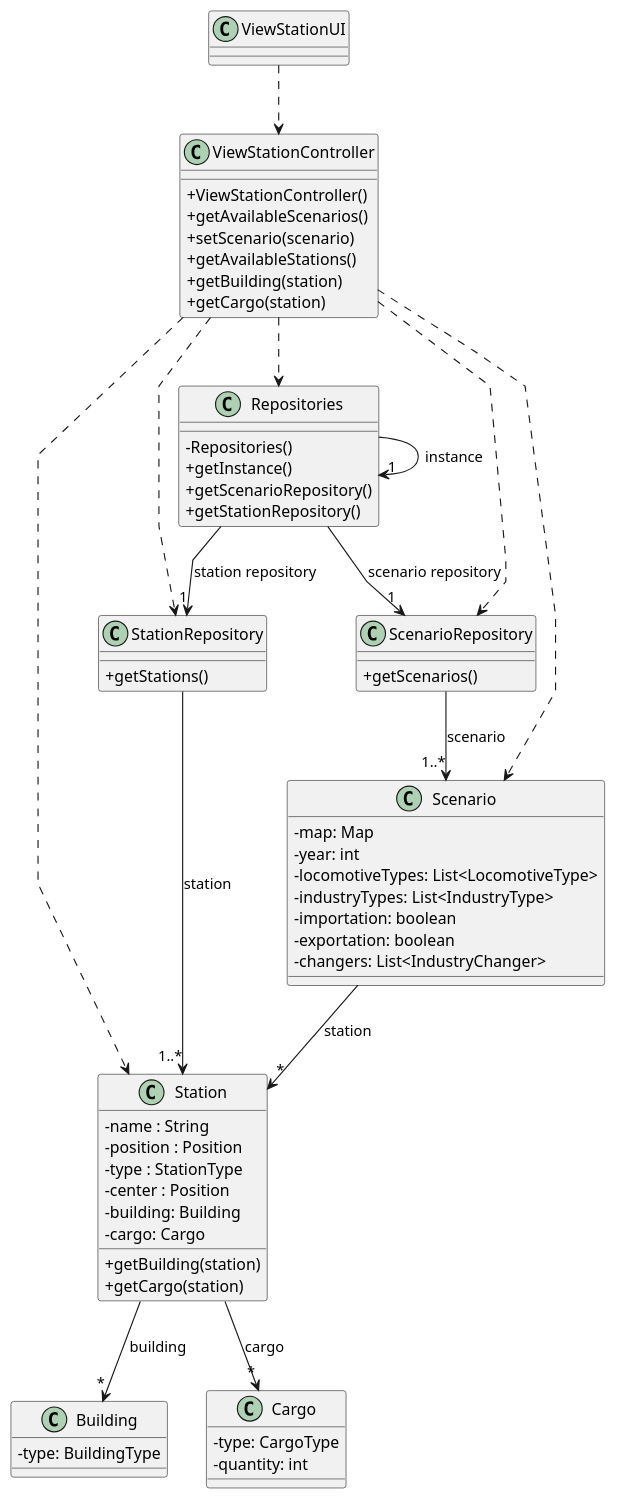
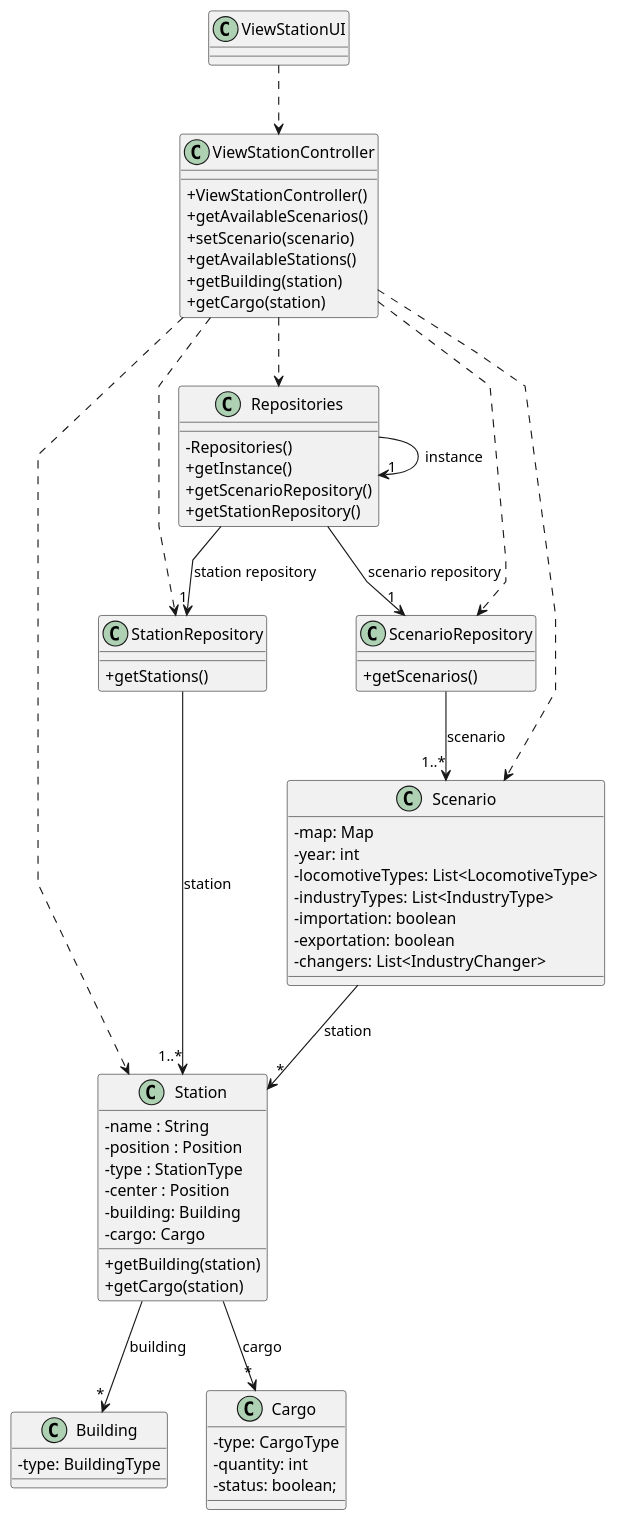
The diagram in Sprint2/US007/03.design/puml/US007-CD.puml (1240935/pi2-railway-simulator), drawn with PlantUML before and after one commit. The commit also changed 14 other files, not shown here.

```diff
--- a/Sprint2/US007/03.design/puml/US007-CD.puml
+++ b/Sprint2/US007/03.design/puml/US007-CD.puml
@@ -1,90 +1,91 @@
 @startuml
 'skinparam monochrome true
 skinparam packageStyle rectangle
 skinparam shadowing false
 skinparam linetype polyline
 'skinparam linetype orto
 
 skinparam classAttributeIconSize 0
 
 'left to right direction
 
 
 class ViewStationUI {
 }
 
 class ViewStationController {
   +ViewStationController()
   +getAvailableScenarios()
   +setScenario(scenario)
   +getAvailableStations()
   +getBuilding(station)
   +getCargo(station)
 }
 
 class Repositories {
   -Repositories()
   +getInstance()
   +getScenarioRepository()
   +getStationRepository()
 }
 
 class ScenarioRepository {
   +getScenarios()
 }
 
 class StationRepository {
   +getStations()
 }
 
 class Scenario {
     -map: Map
     -year: int
     -locomotiveTypes: List<LocomotiveType>
     -industryTypes: List<IndustryType>
     -importation: boolean
     -exportation: boolean
     -changers: List<IndustryChanger>
 }
 
 
 class Station{
     -name : String
     -position : Position
     -type : StationType
     -center : Position
     -building: Building
     -cargo: Cargo
     +getBuilding(station)
     +getCargo(station)
 }
 
 class Building {
     -type: BuildingType
 }
 
 class Cargo {
   -type: CargoType
   -quantity: int
+  -status: boolean;
 }
 
 
 ViewStationUI ..> ViewStationController
 ViewStationController ..> Repositories
 ViewStationController ..> ScenarioRepository
 ViewStationController ..> StationRepository
 ViewStationController ..> Scenario
 ViewStationController ..> Station
 
 Repositories -> "1" Repositories : instance
 Repositories --> "1" ScenarioRepository : scenario repository
 Repositories --> "1" StationRepository : station repository
 ScenarioRepository --> "1..*" Scenario : scenario
 StationRepository --> "1..*" Station : station
 Scenario --> "*" Station : station
 
 Station --> "*" Building : building
 Station --> "*" Cargo : cargo
 
 
 @enduml
```
